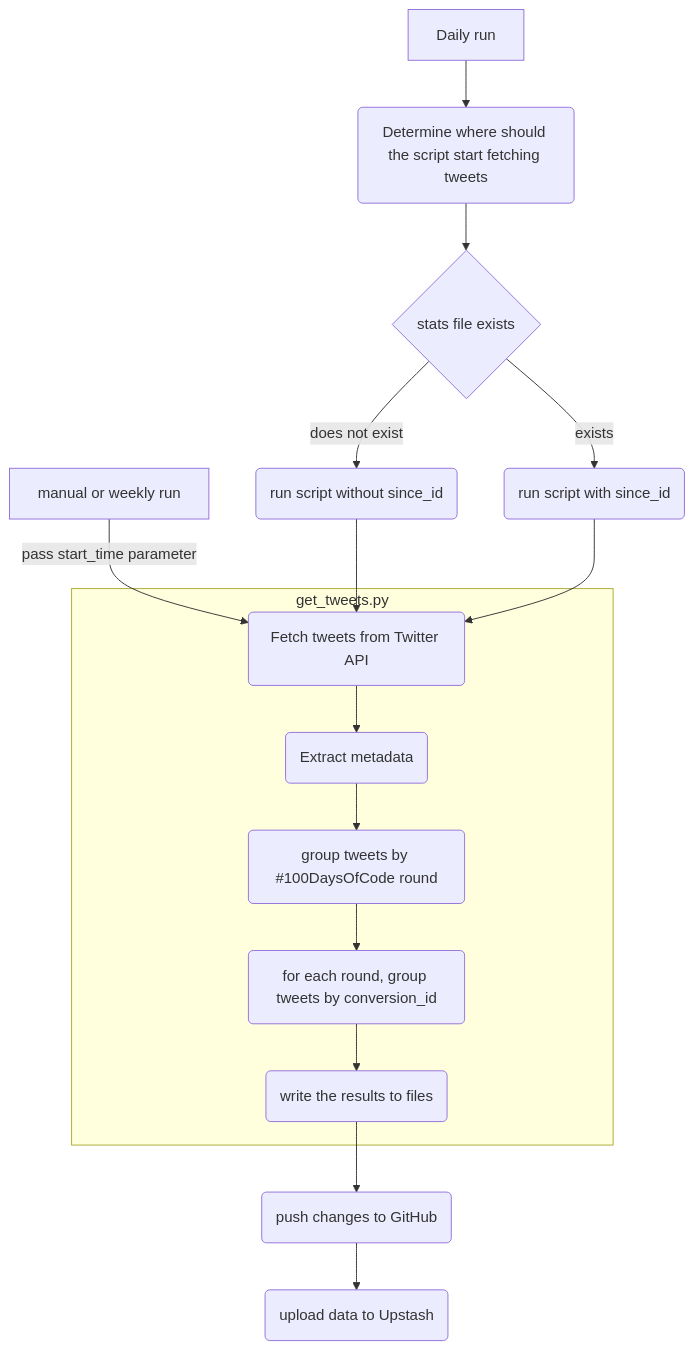
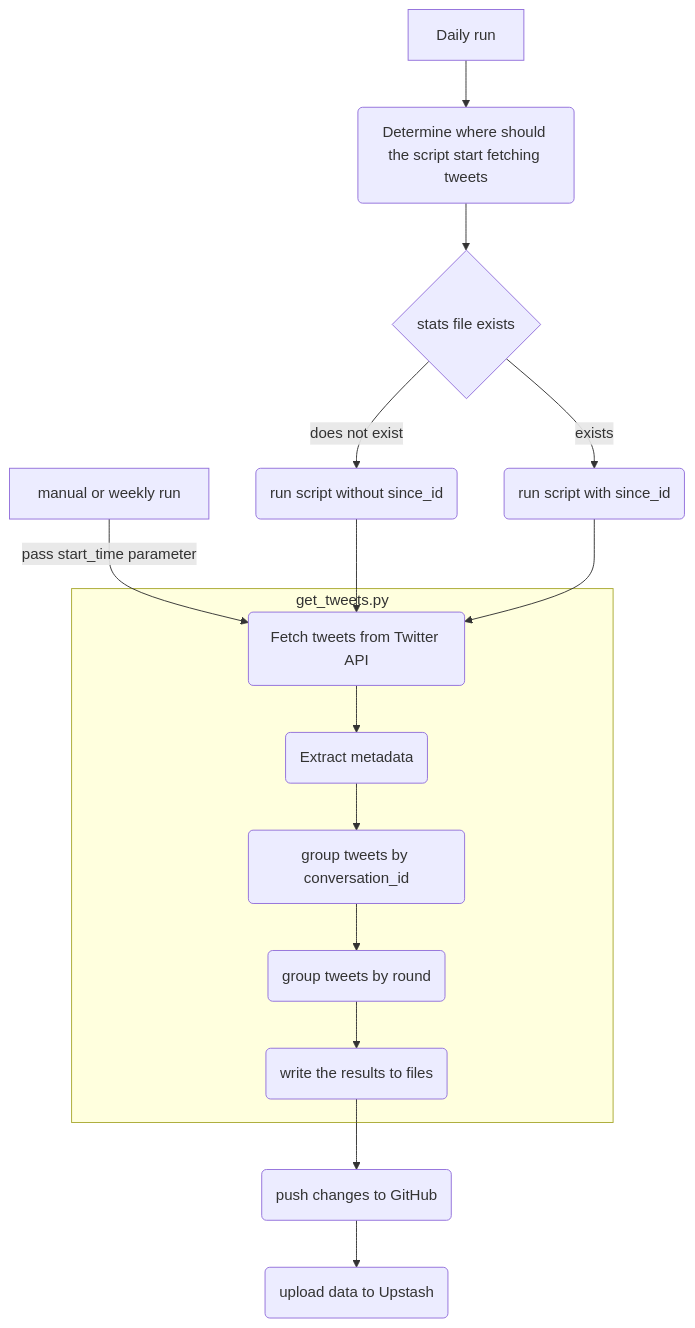
The diagram in README.md (attomos/hdoc-tracker), drawn with Mermaid before and after one commit. The commit also changed 2 other files, not shown here.

Commit message:
feat: support round 2 (group_tweets_by_round) WIP

````diff
--- a/README.md
+++ b/README.md
@@ -92,18 +92,18 @@
 ```mermaid
 graph TD
     S0[Daily run] --> A1
     S1[manual or weekly run] -->|pass start_time parameter| A
     A1(Determine where should the script start fetching tweets) --> D1{stats file exists}
     D1 -->|does not exist| F1(run script without since_id)
     D1 -->|exists| F2(run script with since_id)
     F1 --> A
     F2 --> A
     subgraph get_tweets.py
     A(Fetch tweets from Twitter API) --> B(Extract metadata)
-    B --> B2(group tweets by #100DaysOfCode round)
-    B2 --> B3(for each round, group tweets by conversion_id)
+    B --> B2(group tweets by conversation_id)
+    B2 --> B3(group tweets by round)
     B3 --> B4(write the results to files)
     end
     B4 --> U1(push changes to GitHub)
     U1 --> U2(upload data to Upstash)
 ```
````
